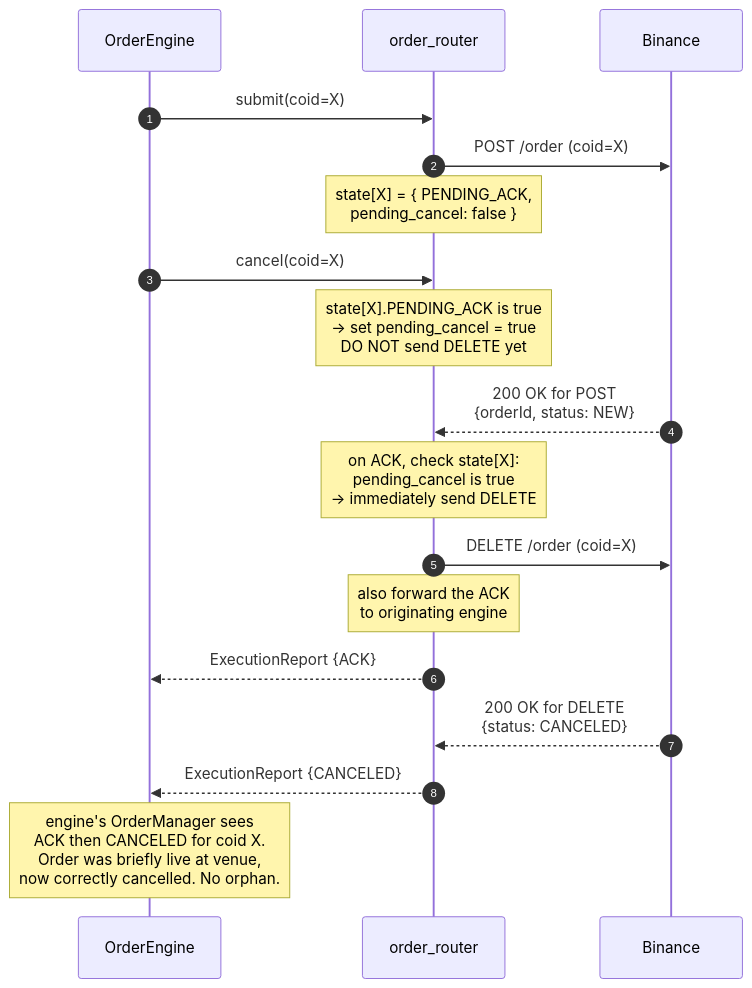
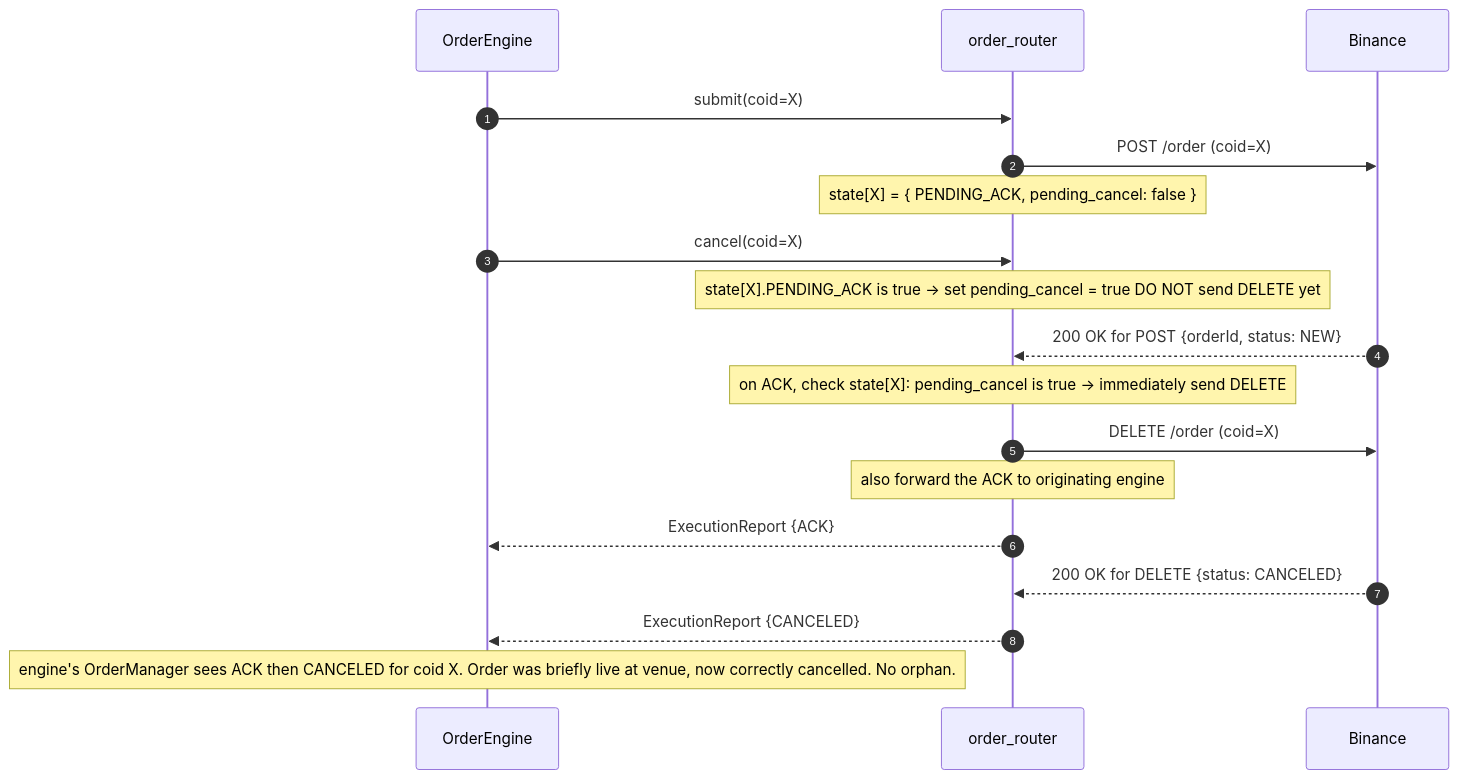
Before and after one commit to sardis-trading/trading-architecture: the second of 2 diagrams in 03-flows/cancel-on-ack.md, drawn with Mermaid. The commit also changed other lines of this file and 5 other files, not shown here.

````diff
--- a/03-flows/cancel-on-ack.md
+++ b/03-flows/cancel-on-ack.md
@@ -34,25 +34,25 @@
 ```mermaid
 sequenceDiagram
     autonumber
     participant OE as OrderEngine
     participant OR as order_router
     participant Bin as Binance
 
     OE->>OR: submit(coid=X)
     OR->>Bin: POST /order (coid=X)
-    Note over OR: state[X] = { PENDING_ACK,<br>pending_cancel: false }
+    Note over OR: state[X] = { PENDING_ACK, pending_cancel: false }
 
     OE->>OR: cancel(coid=X)
-    Note over OR: state[X].PENDING_ACK is true<br>→ set pending_cancel = true<br>DO NOT send DELETE yet
+    Note over OR: state[X].PENDING_ACK is true → set pending_cancel = true DO NOT send DELETE yet
 
-    Bin-->>OR: 200 OK for POST<br>{orderId, status: NEW}
-    Note over OR: on ACK, check state[X]:<br>pending_cancel is true<br>→ immediately send DELETE
+    Bin-->>OR: 200 OK for POST {orderId, status: NEW}
+    Note over OR: on ACK, check state[X]: pending_cancel is true → immediately send DELETE
     OR->>Bin: DELETE /order (coid=X)
-    Note over OR: also forward the ACK<br>to originating engine
+    Note over OR: also forward the ACK to originating engine
     OR-->>OE: ExecutionReport {ACK}
 
-    Bin-->>OR: 200 OK for DELETE<br>{status: CANCELED}
+    Bin-->>OR: 200 OK for DELETE {status: CANCELED}
     OR-->>OE: ExecutionReport {CANCELED}
 
-    Note over OE: engine's OrderManager sees<br>ACK then CANCELED for coid X.<br>Order was briefly live at venue,<br>now correctly cancelled. No orphan.
+    Note over OE: engine's OrderManager sees ACK then CANCELED for coid X. Order was briefly live at venue, now correctly cancelled. No orphan.
 ```
````
